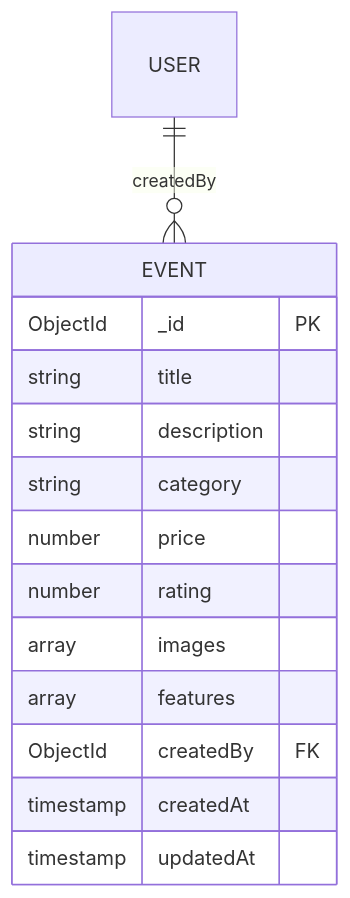
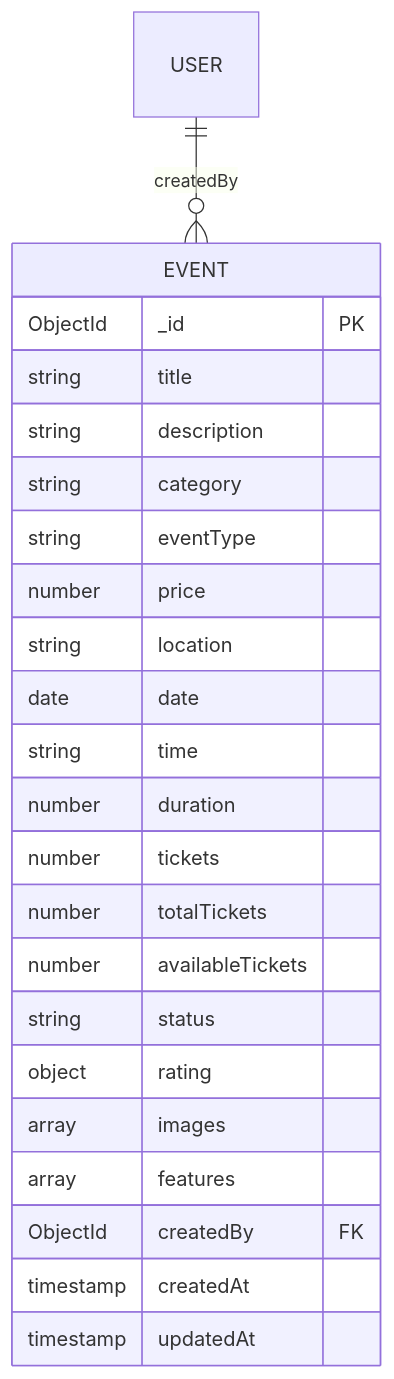
One commit to meghanamallela69-tech/event changed the fourth of 16 diagrams in .qoder/repowiki/en/content/Database Design/Database Design.md. Above: the diagram before and after it, drawn with Mermaid. The commit also changed other lines of this file and 63 other files, not shown here.

````diff
--- a/.qoder/repowiki/en/content/Database Design/Database Design.md
+++ b/.qoder/repowiki/en/content/Database Design/Database Design.md
@@ -261,17 +286,26 @@
 ```mermaid
 erDiagram
 EVENT {
 ObjectId _id PK
 string title
 string description
 string category
+string eventType
 number price
-number rating
+string location
+date date
+string time
+number duration
+number tickets
+number totalTickets
+number availableTickets
+string status
+object rating
 array images
 array features
 ObjectId createdBy FK
 timestamp createdAt
 timestamp updatedAt
 }
 USER ||--o{ EVENT : "createdBy"
 ```
````
